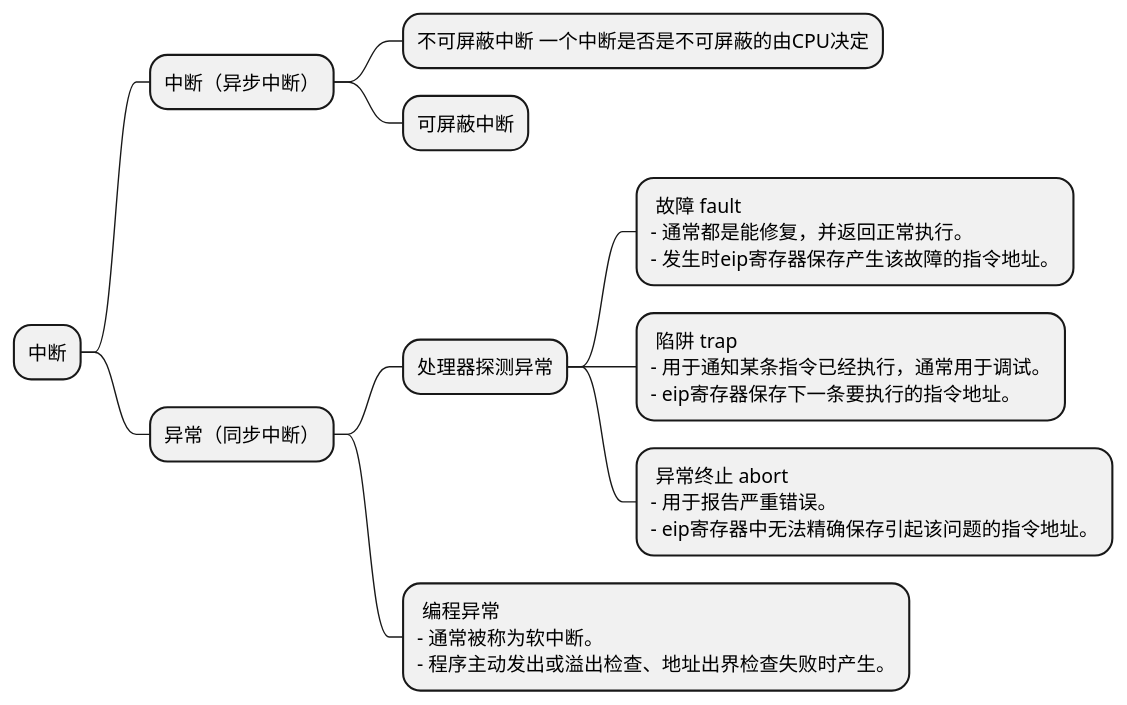
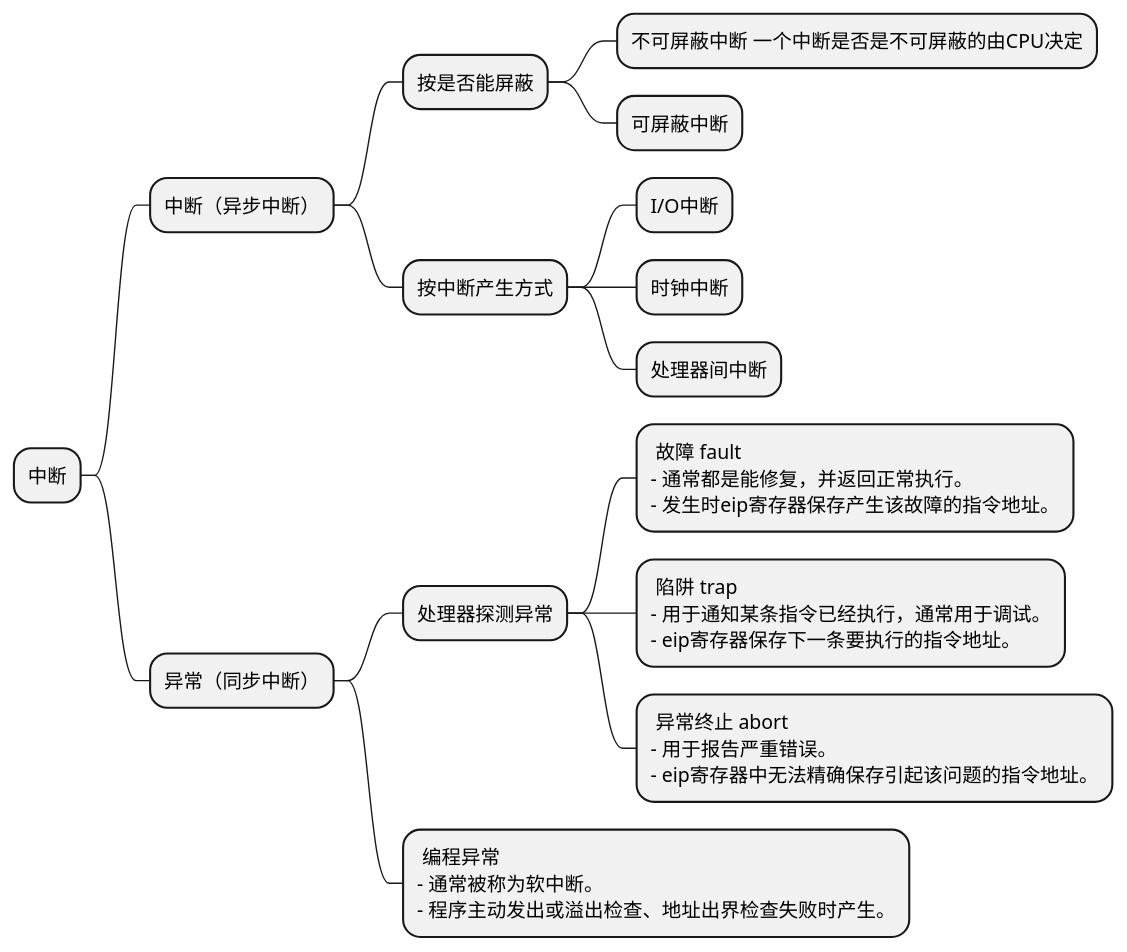
One commit to er1c-zh/blog changed the first of 2 diagrams in site/content/post/linux/interrupt-and-exception.md. Above: the diagram before and after it, drawn with PlantUML. The commit also changed other lines of this file, not shown here.

Commit message:
[add] interrupt type

````diff
--- a/site/content/post/linux/interrupt-and-exception.md
+++ b/site/content/post/linux/interrupt-and-exception.md
@@ -49,22 +49,27 @@
 ```plantuml
 @startmindmap
 * 中断
 ** 中断（异步中断）
-*** 不可屏蔽中断 一个中断是否是不可屏蔽的由CPU决定
-*** 可屏蔽中断
+*** 按是否能屏蔽
+**** 不可屏蔽中断 一个中断是否是不可屏蔽的由CPU决定
+**** 可屏蔽中断
+*** 按中断产生方式
+**** I/O中断
+**** 时钟中断
+**** 处理器间中断
 ** 异常（同步中断）
 *** 处理器探测异常
 ****: 故障 fault
 - 通常都是能修复，并返回正常执行。
 - 发生时eip寄存器保存产生该故障的指令地址。;
 ****: 陷阱 trap
 - 用于通知某条指令已经执行，通常用于调试。
 - eip寄存器保存下一条要执行的指令地址。;
 ****: 异常终止 abort
 - 用于报告严重错误。
 - eip寄存器中无法精确保存引起该问题的指令地址。;
 ***: 编程异常
 - 通常被称为软中断。
 - 程序主动发出或溢出检查、地址出界检查失败时产生。;
 @endmindmap
 ```
````
